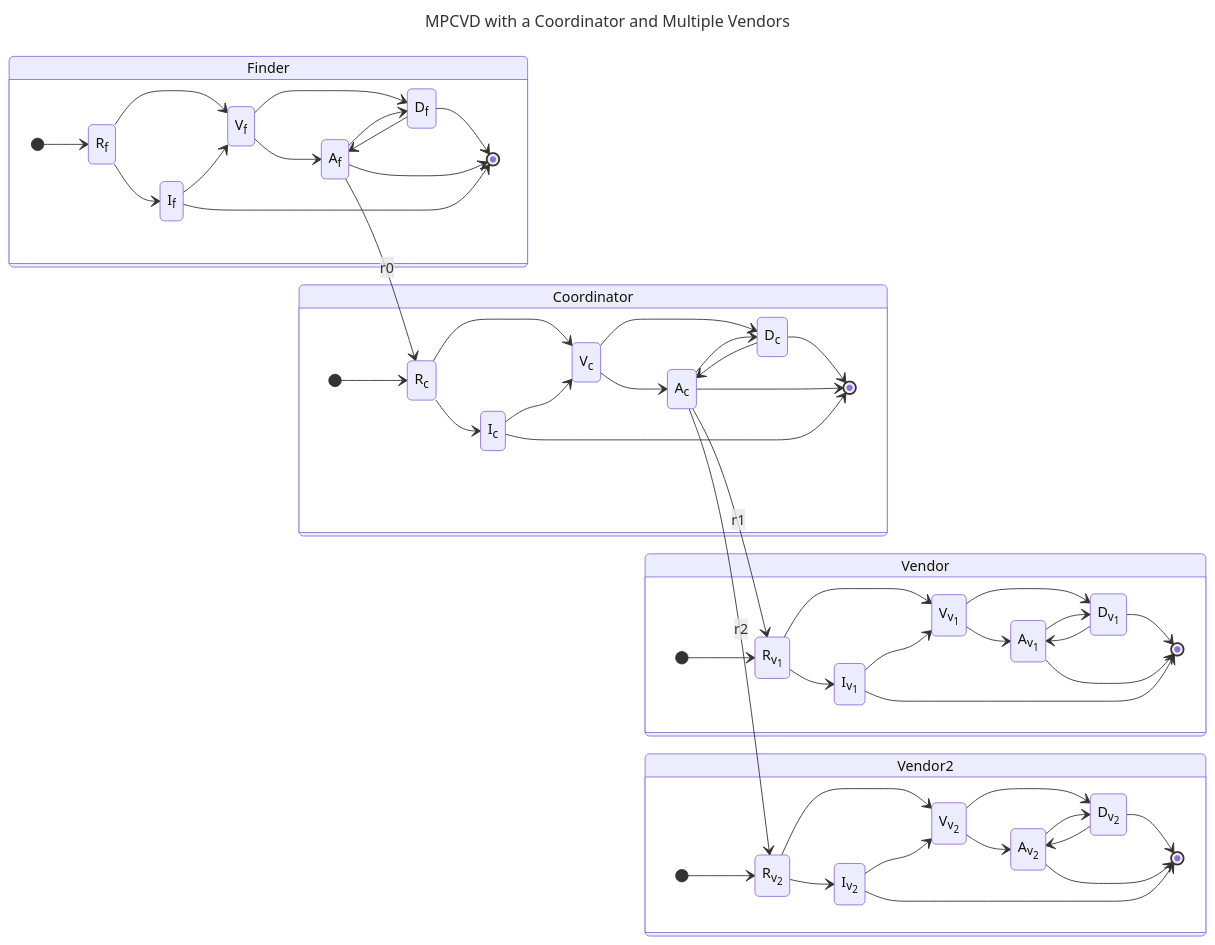
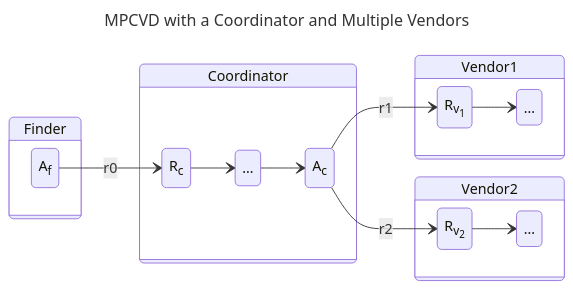
The fourth of 8 diagrams in docs/topics/process_models/rm/rm_interactions.md (CERTCC/Vultron), drawn with Mermaid before and after one commit. The commit also changed other lines of this file and 44 other files, not shown here.

````diff
--- a/docs/topics/process_models/rm/rm_interactions.md
+++ b/docs/topics/process_models/rm/rm_interactions.md
@@ -247,81 +165,29 @@
     direction LR
     state Finder {
         direction LR
-        R: R<sub>f</sub>
-        I: I<sub>f</sub>
-        V: V<sub>f</sub>
-        A: A<sub>f</sub>
-        D: D<sub>f</sub>
-        [*] --> R
-        R --> I
-        R --> V
-        I --> V
-        V --> A
-        V --> D
-        A --> D
-        D --> A
-        D --> [*]
-        A --> [*]
-        I --> [*]
+        Af: A<sub>f</sub>
     }
     state Coordinator {
         direction LR
-        RC:R<sub>c</sub>
-        IC:I<sub>c</sub>
-        VC:V<sub>c</sub>
-        AC:A<sub>c</sub>
-        DC:D<sub>c</sub>
-        [*] --> RC
-        RC --> IC
-        RC --> VC
-        IC --> VC
-        VC --> AC
-        VC --> DC
-        AC --> DC
-        DC --> AC
-        DC --> [*]
-        AC --> [*]
-        IC --> [*]
+        Rc: R<sub>c</sub>
+        Ac: A<sub>c</sub>
+        cmid: …
+        Rc --> cmid
+        cmid --> Ac
     }
-    state Vendor {
+    state Vendor1 {
         direction LR
-        RV:R<sub>v<sub>1</sub></sub>
-        IV:I<sub>v<sub>1</sub></sub>
-        VV:V<sub>v<sub>1</sub></sub>
-        AV:A<sub>v<sub>1</sub></sub>
-        DV:D<sub>v<sub>1</sub></sub>
-        [*] --> RV
-        RV --> IV
-        RV --> VV
-        IV --> VV
-        VV --> AV
-        VV --> DV
-        AV --> DV
-        DV --> AV
-        DV --> [*]
-        AV --> [*]
-        IV --> [*]
+        Rv1: R<sub>v<sub>1</sub></sub>
+        v1after: …
+        Rv1 --> v1after
     }
     state Vendor2 {
         direction LR
-        RV2:R<sub>v<sub>2</sub></sub>
-        IV2:I<sub>v<sub>2</sub></sub>
-        VV2:V<sub>v<sub>2</sub></sub>
-        AV2:A<sub>v<sub>2</sub></sub>
-        DV2:D<sub>v<sub>2</sub></sub>
-        [*] --> RV2
-        RV2 --> IV2
-        RV2 --> VV2
-        IV2 --> VV2
-        VV2 --> AV2
-        VV2 --> DV2
-        AV2 --> DV2
-        DV2 --> AV2
-        DV2 --> [*]
-        AV2 --> [*]
-        IV2 --> [*]
+        Rv2: R<sub>v<sub>2</sub></sub>
+        v2after: …
+        Rv2 --> v2after
     }
-    A --> RC: r0
-    AC --> RV: r1
-    AC --> RV2: r2
+    Af --> Rc: r0
+    Ac --> Rv1: r1
+    Ac --> Rv2: r2
 ```
````
